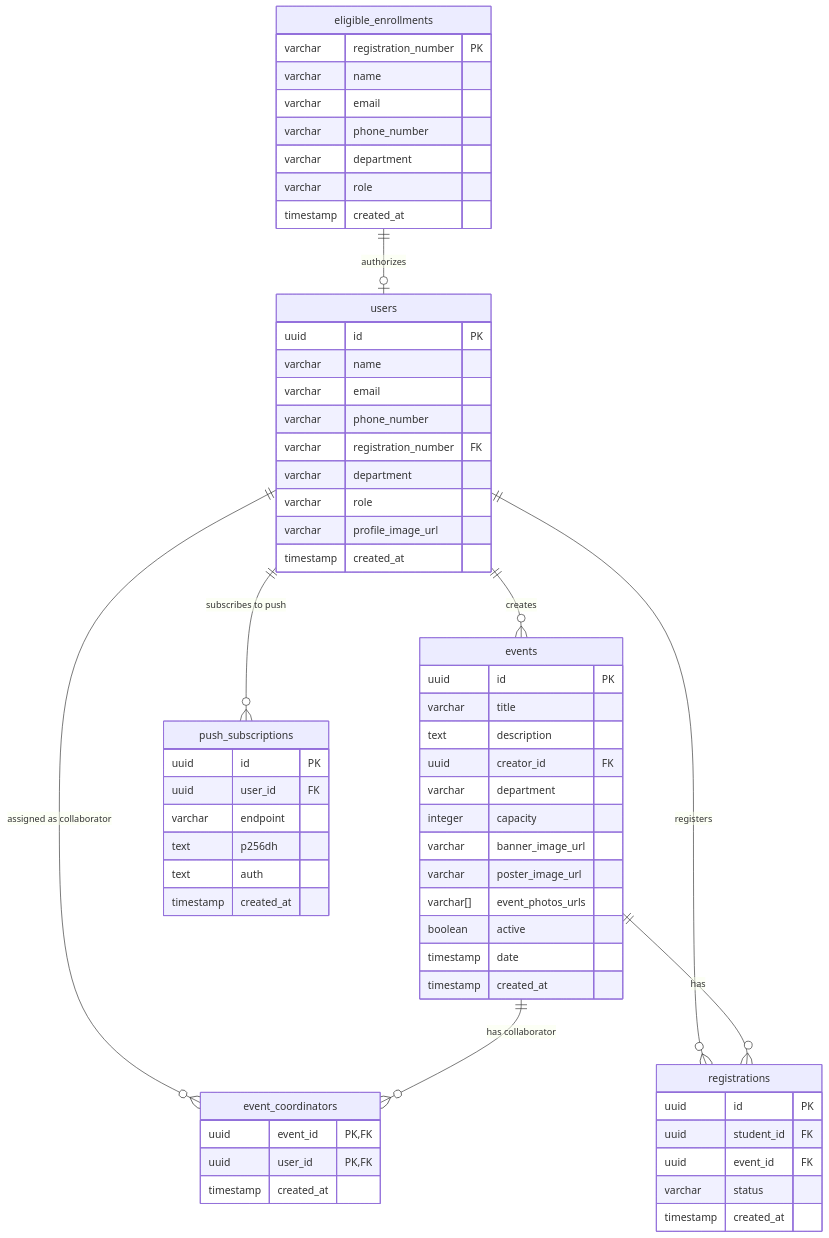
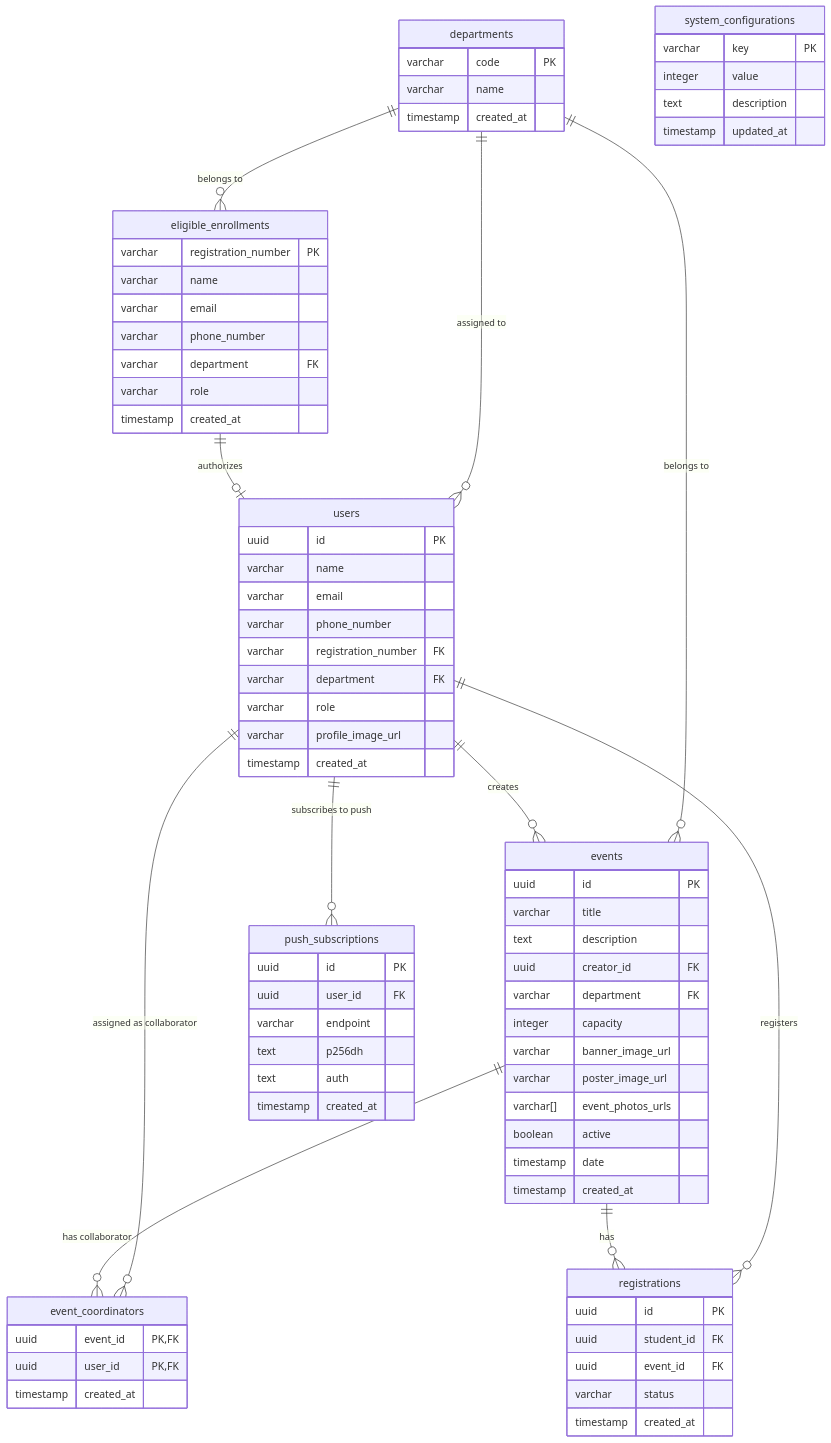
Before and after one commit to pec-developers/pec-events-app: the diagram in docs/lld.md, drawn with Mermaid. The commit also changed other lines of this file and 95 other files, not shown here.

````diff
--- a/docs/lld.md
+++ b/docs/lld.md
@@ -7,65 +7,79 @@
 ```mermaid
 erDiagram
+    departments {
+        varchar code PK
+        varchar name
+        timestamp created_at
+    }
+    system_configurations {
+        varchar key PK
+        integer value
+        text description
+        timestamp updated_at
+    }
     eligible_enrollments {
         varchar registration_number PK
         varchar name
         varchar email
         varchar phone_number
-        varchar department
+        varchar department FK
         varchar role
         timestamp created_at
     }
     users {
         uuid id PK
         varchar name
         varchar email
         varchar phone_number
         varchar registration_number FK
-        varchar department
+        varchar department FK
         varchar role
         varchar profile_image_url
         timestamp created_at
     }
     events {
         uuid id PK
         varchar title
         text description
         uuid creator_id FK
-        varchar department
+        varchar department FK
         integer capacity
         varchar banner_image_url
         varchar poster_image_url
         varchar[] event_photos_urls
         boolean active
         timestamp date
         timestamp created_at
     }
     event_coordinators {
         uuid event_id PK, FK
         uuid user_id PK, FK
         timestamp created_at
     }
     registrations {
         uuid id PK
         uuid student_id FK
         uuid event_id FK
         varchar status
         timestamp created_at
     }
     push_subscriptions {
         uuid id PK
         uuid user_id FK
         varchar endpoint
         text p256dh
         text auth
         timestamp created_at
     }
 
+    departments ||--o{ eligible_enrollments : "belongs to"
+    departments ||--o{ users : "assigned to"
+    departments ||--o{ events : "belongs to"
     eligible_enrollments ||--o| users : "authorizes"
     users ||--o{ events : "creates"
     users ||--o{ event_coordinators : "assigned as collaborator"
     events ||--o{ event_coordinators : "has collaborator"
     users ||--o{ registrations : "registers"
     events ||--o{ registrations : "has"
     users ||--o{ push_subscriptions : "subscribes to push"
 ```
````
